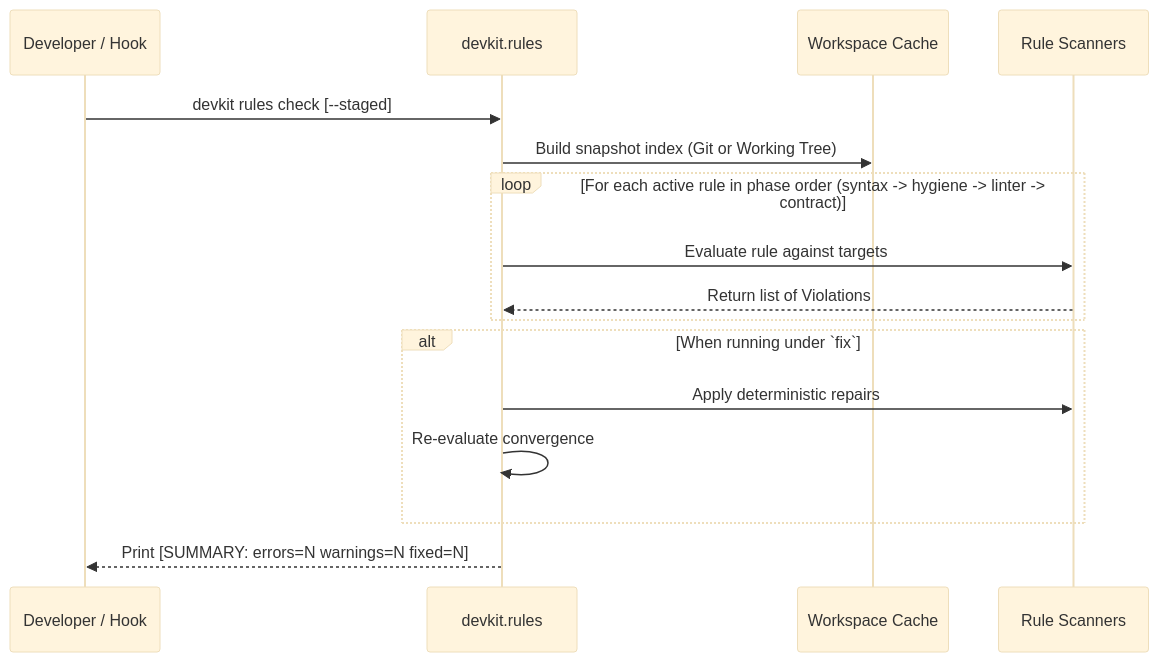
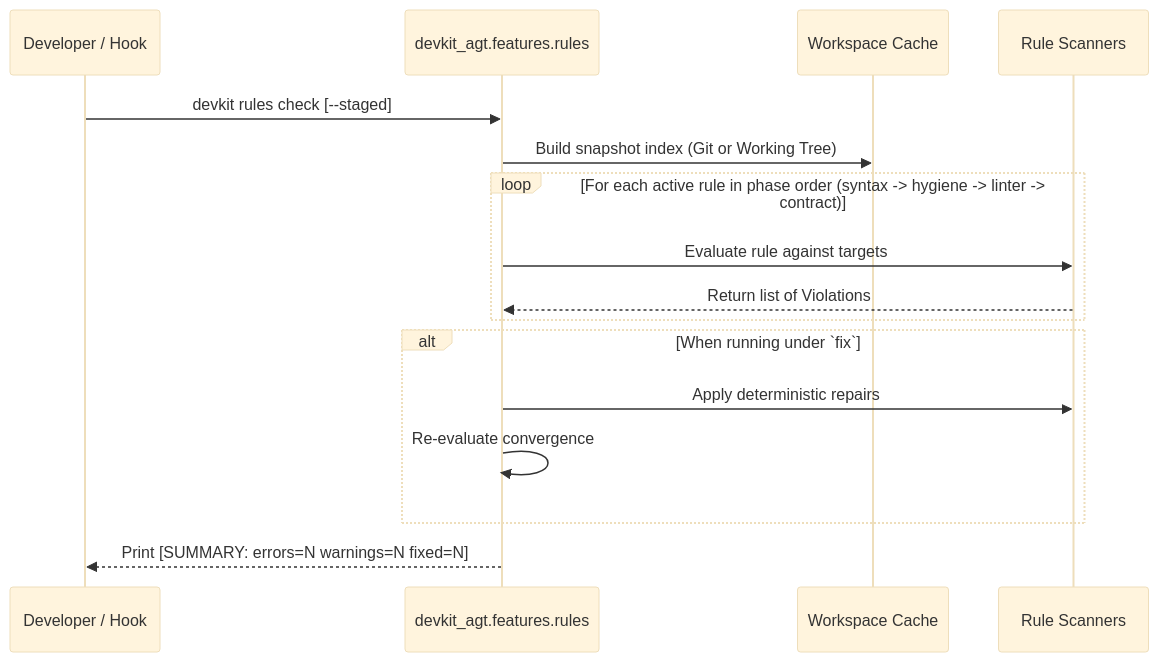
Before and after one commit to mjkimR/devkit: the second of 2 diagrams in docs/architecture/ARCH-06-runtime-view.md, drawn with Mermaid (base theme). The commit also changed other lines of this file and 1143 other files, not shown here.

````diff
--- a/docs/architecture/ARCH-06-runtime-view.md
+++ b/docs/architecture/ARCH-06-runtime-view.md
@@ -50,19 +50,19 @@
 ```mermaid
 sequenceDiagram
     participant Dev as Developer / Hook
-    participant Engine as devkit.rules
+    participant Engine as devkit_agt.features.rules
     participant Cache as Workspace Cache
     participant Scanner as Rule Scanners
 
     Dev->>Engine: devkit rules check [--staged]
     Engine->>Cache: Build snapshot index (Git or Working Tree)
     loop For each active rule in phase order (syntax -> hygiene -> linter -> contract)
         Engine->>Scanner: Evaluate rule against targets
         Scanner-->>Engine: Return list of Violations
     end
     alt When running under `fix`
         Engine->>Scanner: Apply deterministic repairs
         Engine->>Engine: Re-evaluate convergence
     end
     Engine-->>Dev: Print [SUMMARY: errors=N warnings=N fixed=N]
 ```
````
